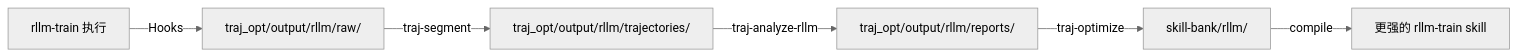
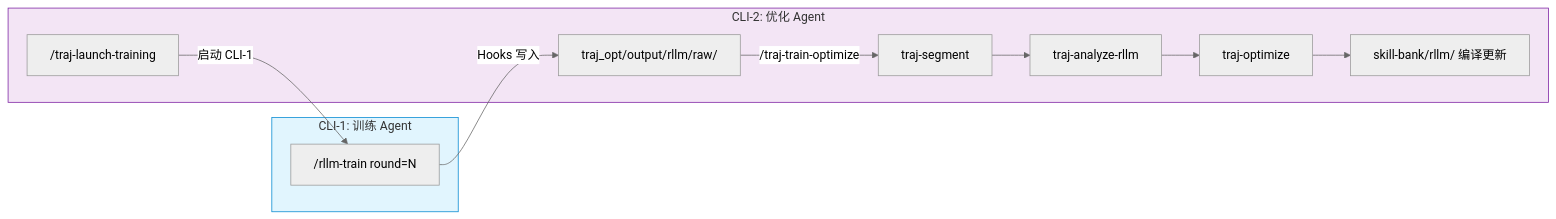
Before and after one commit to zhangqin200182/agent-evolution: the third of 3 diagrams in README.md, drawn with Mermaid (neutral theme). The commit also changed other lines of this file and 1 other file, not shown here.

First line of the commit message:
Update CLAUDE.md and README.md for dual CLI architecture

````diff
--- a/README.md
+++ b/README.md
@@ -123,8 +125,18 @@
 ```mermaid
 flowchart LR
-    RL[rllm-train 执行] -->|Hooks| RAW[traj_opt/output/rllm/raw/]
-    RAW -->|traj-segment| TR[traj_opt/output/rllm/trajectories/]
-    TR -->|traj-analyze-rllm| REP[traj_opt/output/rllm/reports/]
-    REP -->|traj-optimize| SB[skill-bank/rllm/]
-    SB -->|compile| SK[更强的 rllm-train skill]
+    subgraph CLI1["CLI-1: 训练 Agent"]
+        RT["/rllm-train round=N"]
+    end
+
+    subgraph CLI2["CLI-2: 优化 Agent"]
+        LT["/traj-launch-training"] -->|启动 CLI-1| RT
+        RT -->|Hooks 写入| RAW[traj_opt/output/rllm/raw/]
+        RAW -->|"/traj-train-optimize"| SEG[traj-segment]
+        SEG --> ANA[traj-analyze-rllm]
+        ANA --> OPT[traj-optimize]
+        OPT --> SB[skill-bank/rllm/ 编译更新]
+    end
+
+    style CLI1 fill:#e1f5fe,stroke:#0288d1
+    style CLI2 fill:#f3e5f5,stroke:#7b1fa2
 ```
````
